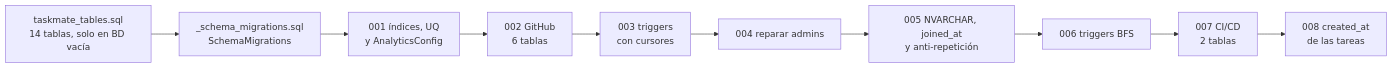
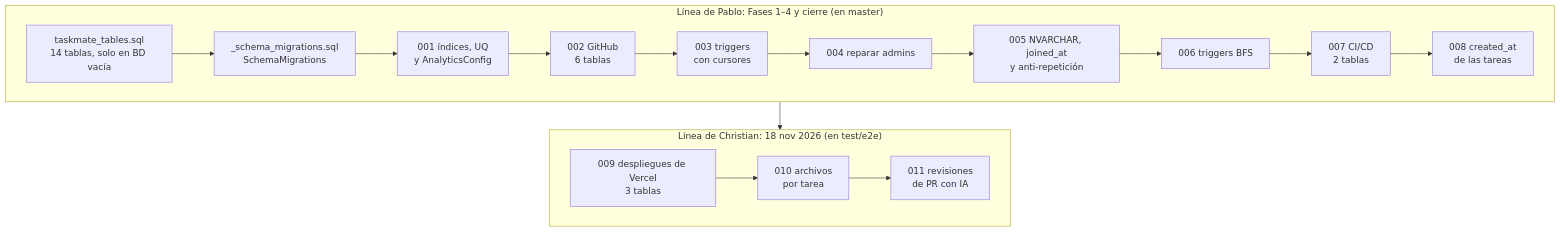
One commit to PabloP150/proyecto-is-cc6 changed the first of 2 diagrams in documentacion/03-base-de-datos/00-migraciones-y-triggers.md. Above: the diagram before and after it, drawn with Mermaid. The commit also changed other lines of this file and 204 other files, not shown here.

First line of the commit message:
docs: update all documentation, diagrams and PNGs to the test/e2e state

````diff
--- a/documentacion/03-base-de-datos/00-migraciones-y-triggers.md
+++ b/documentacion/03-base-de-datos/00-migraciones-y-triggers.md
@@ -5,14 +5,25 @@
 ```mermaid
-flowchart LR
-    base["taskmate_tables.sql<br/>14 tablas, solo en BD vacía"]
-    ctl["_schema_migrations.sql<br/>SchemaMigrations"]
-    m1["001 índices, UQ<br/>y AnalyticsConfig"]
-    m2["002 GitHub<br/>6 tablas"]
-    m3["003 triggers<br/>con cursores"]
-    m4["004 reparar admins"]
-    m5["005 NVARCHAR, joined_at<br/>y anti-repetición"]
-    m6["006 triggers BFS"]
-    m7["007 CI/CD<br/>2 tablas"]
-    m8["008 created_at<br/>de las tareas"]
-    base --> ctl --> m1 --> m2 --> m3 --> m4 --> m5 --> m6 --> m7 --> m8
+flowchart TB
+    subgraph pablo["Línea de Pablo: Fases 1–4 y cierre (en master)"]
+        direction LR
+        base["taskmate_tables.sql<br/>14 tablas, solo en BD vacía"]
+        ctl["_schema_migrations.sql<br/>SchemaMigrations"]
+        m1["001 índices, UQ<br/>y AnalyticsConfig"]
+        m2["002 GitHub<br/>6 tablas"]
+        m3["003 triggers<br/>con cursores"]
+        m4["004 reparar admins"]
+        m5["005 NVARCHAR, joined_at<br/>y anti-repetición"]
+        m6["006 triggers BFS"]
+        m7["007 CI/CD<br/>2 tablas"]
+        m8["008 created_at<br/>de las tareas"]
+        base --> ctl --> m1 --> m2 --> m3 --> m4 --> m5 --> m6 --> m7 --> m8
+    end
+    subgraph christian["Línea de Christian: 18 nov 2026 (en test/e2e)"]
+        direction LR
+        m9["009 despliegues de Vercel<br/>3 tablas"]
+        m10["010 archivos<br/>por tarea"]
+        m11["011 revisiones<br/>de PR con IA"]
+        m9 --> m10 --> m11
+    end
+    pablo --> christian
 ```
````
